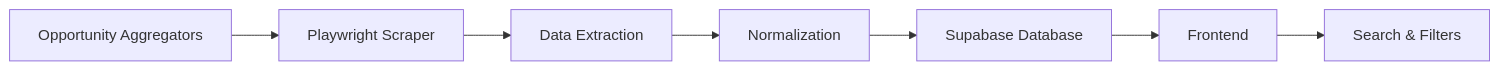
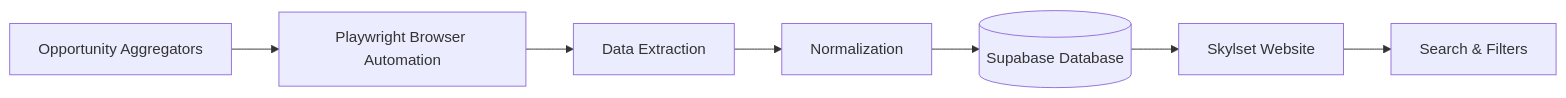
Before and after one commit to aravmehta20/skylset: the diagram in README.md, drawn with Mermaid. The commit also changed other lines of this file, not shown here.

````diff
--- a/README.md
+++ b/README.md
@@ -41,10 +42,10 @@
 ```mermaid
 flowchart LR
 A[Opportunity Aggregators]
---> B[Playwright Scraper]
+--> B[Playwright Browser Automation]
 --> C[Data Extraction]
 --> D[Normalization]
---> E[Supabase Database]
---> F[Frontend]
+--> E[(Supabase Database)]
+--> F[Skylset Website]
 --> G[Search & Filters]
 ```
````
